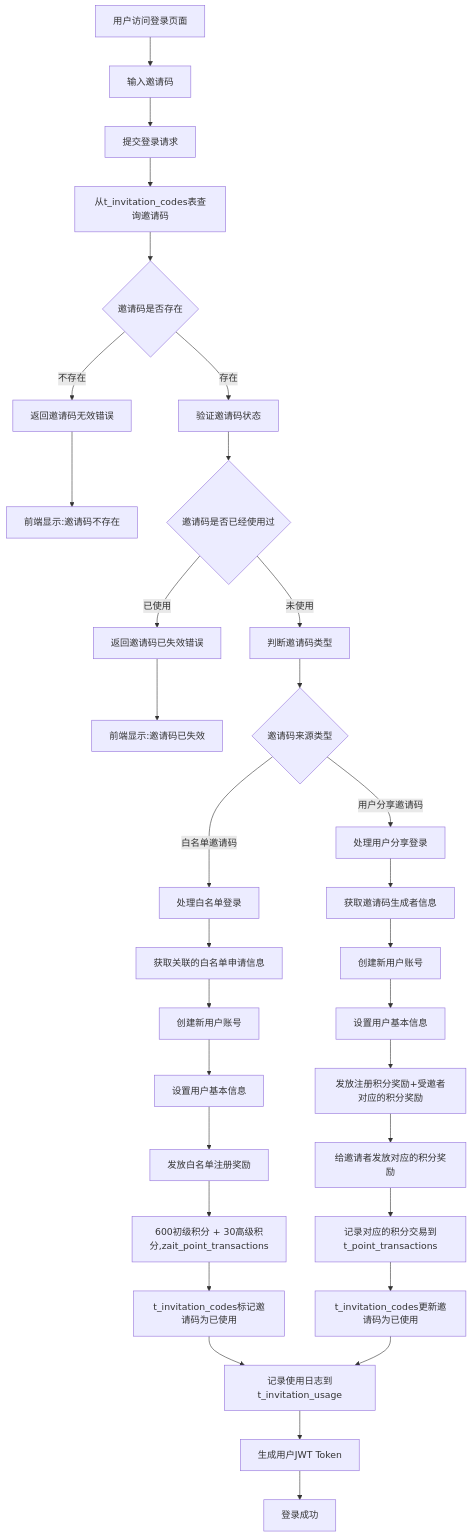
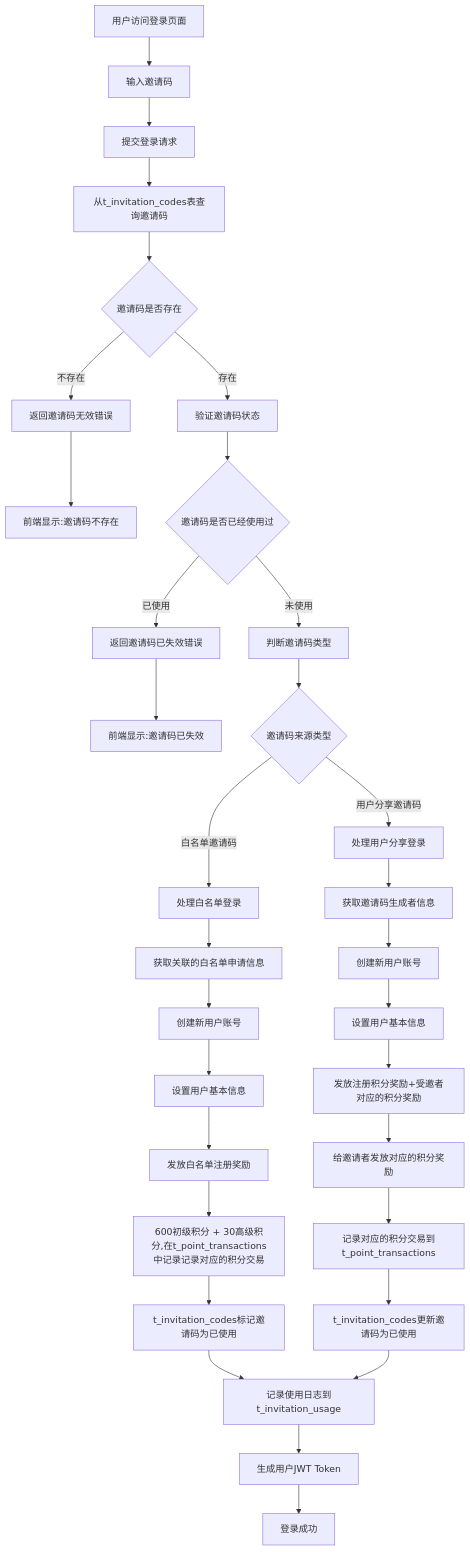
The diagram in all/未命名-74.md (yingjianzh/iodraw-files), drawn with Mermaid before and after one commit.

Commit message:
2025-07-07 14:03:49 update

````diff
--- a/all/未命名-74.md
+++ b/all/未命名-74.md
@@ -1,41 +1,41 @@
 ```mermaid
 
 flowchart TD
     A[用户访问登录页面] --> B[输入邀请码]
     B --> E[提交登录请求]
     E --> H[从t_invitation_codes表查询邀请码]
     H --> I{邀请码是否存在}
     I -->|不存在| J[返回邀请码无效错误]
     J --> K[前端显示:邀请码不存在]
     
     I -->|存在| L[验证邀请码状态]
     L --> M{邀请码是否已经使用过}
     M -->|已使用| N[返回邀请码已失效错误]
     N --> O[前端显示:邀请码已失效]
     
     M -->|未使用| X[判断邀请码类型]
     X --> Y{邀请码来源类型}
     
     Y -->|白名单邀请码| Z[处理白名单登录]
     Z --> Z1[获取关联的白名单申请信息]
     Z1 --> Z2[创建新用户账号]
     Z2 --> Z3[设置用户基本信息]
     Z3 --> Z4[发放白名单注册奖励]
-    Z4 --> Z5[600初级积分 + 30高级积分,zait_point_transactions]
+    Z4 --> Z5[600初级积分 + 30高级积分,在t_point_transactions中记录记录对应的积分交易]
     Z5 --> Z6[t_invitation_codes标记邀请码为已使用]
     Z6 --> AA[记录使用日志到t_invitation_usage]
     
     Y -->|用户分享邀请码| BB[处理用户分享登录]
     BB --> BB1[获取邀请码生成者信息]
     BB1 --> BB2[创建新用户账号]
     BB2 --> BB3[设置用户基本信息]
     BB3 --> BB4[发放注册积分奖励+受邀者对应的积分奖励]
     BB4 --> BB5[给邀请者发放对应的积分奖励]
     BB5 --> BB6[记录对应的积分交易到t_point_transactions]
     BB6 --> BB7[t_invitation_codes更新邀请码为已使用]
     BB7 --> AA
     
     AA --> CC[生成用户JWT Token]
     CC --> DD[登录成功]  
 
 ```
````
